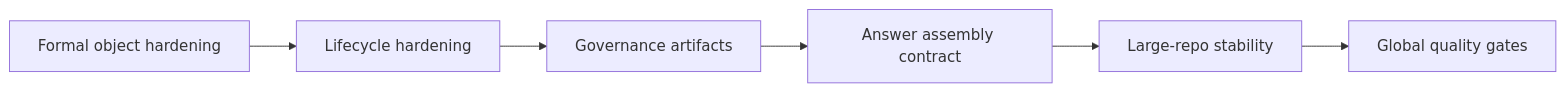
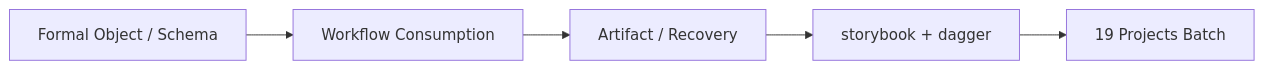
One commit to baiyucraft/SpecWiki changed the second of 2 diagrams in .docs/knowledge-system-completeness-roadmap.md. Above: the diagram before and after it, drawn with Mermaid. The commit also changed other lines of this file and 109 other files, not shown here.

````diff
--- a/.docs/knowledge-system-completeness-roadmap.md
+++ b/.docs/knowledge-system-completeness-roadmap.md
@@ -265,8 +130,7 @@
 ```mermaid
 flowchart LR
-    A[Formal object hardening] --> B[Lifecycle hardening]
-    B --> C[Governance artifacts]
-    C --> D[Answer assembly contract]
-    D --> E[Large-repo stability]
-    E --> F[Global quality gates]
+    A[Formal Object / Schema] --> B[Workflow Consumption]
+    B --> C[Artifact / Recovery]
+    C --> D[storybook + dagger]
+    D --> E[19 Projects Batch]
 ```
````
